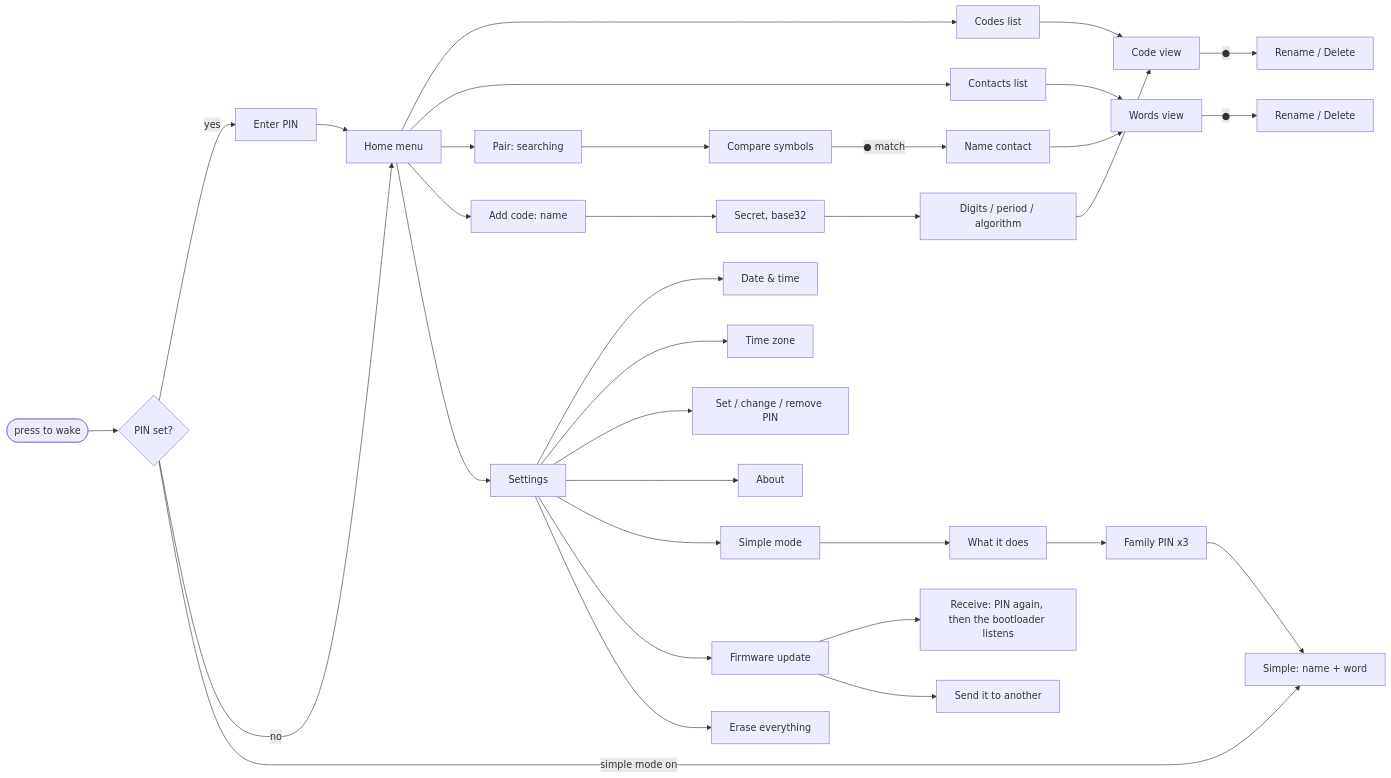
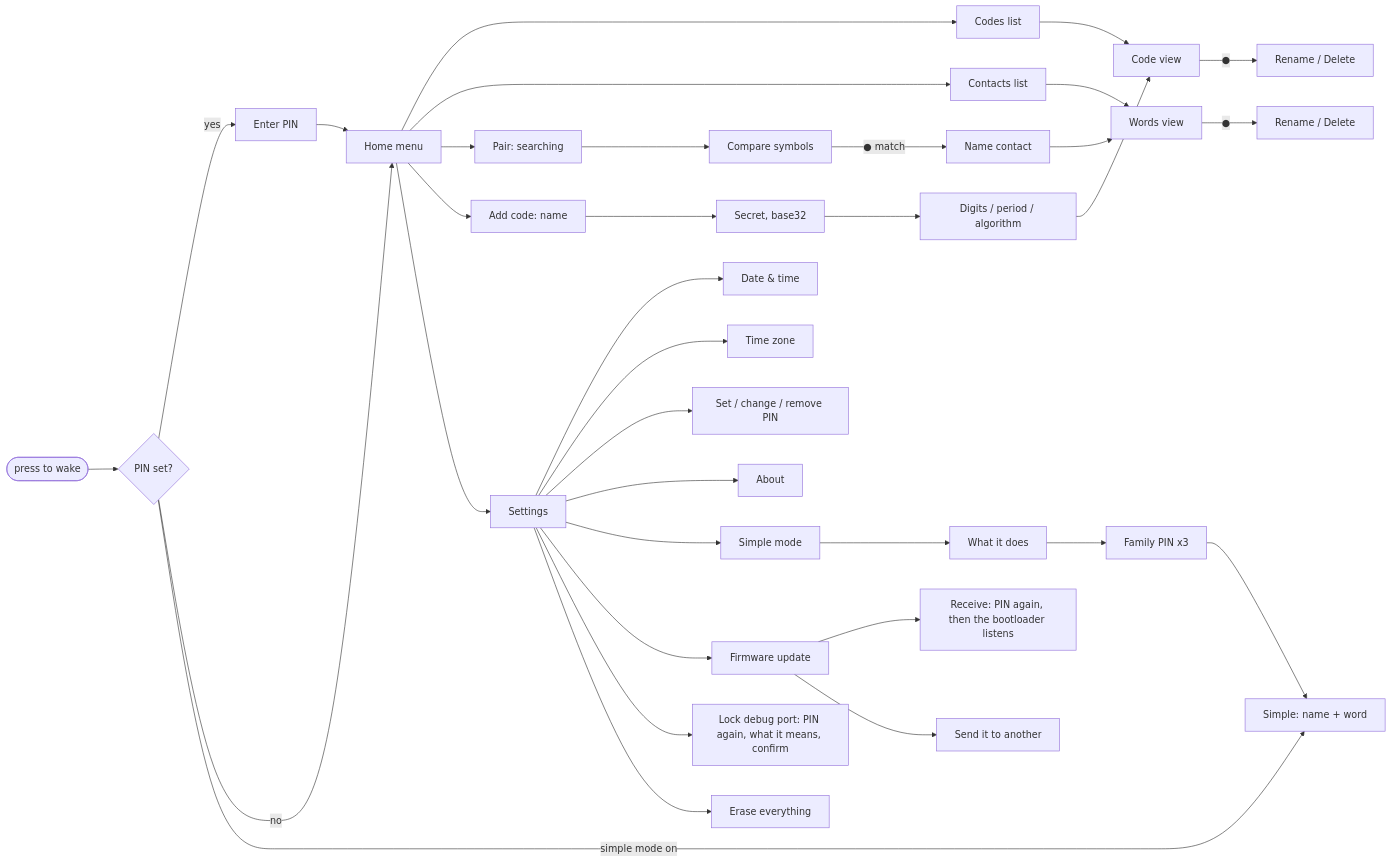
Before and after one commit to gemivnet/IRL2FA: the first of 2 diagrams in docs/ui-flows.md, drawn with Mermaid. The commit also changed other lines of this file and 26 other files, not shown here.

First line of the commit message:
Lock the debug port only from Settings; fail the build when the flash is full

````diff
--- a/docs/ui-flows.md
+++ b/docs/ui-flows.md
@@ -46,22 +46,23 @@
 ```mermaid
 flowchart LR
     wake([press to wake]) --> pin{PIN set?}
     pin -- yes --> PIN[Enter PIN] --> home
     pin -- no --> home
     home[Home menu] --> codes[Codes list] --> code[Code view]
     code -- "●" --> codeopts[Rename / Delete]
     home --> contacts[Contacts list] --> contact[Words view]
     contact -- "●" --> contactopts[Rename / Delete]
     home --> pair[Pair: searching] --> sas[Compare symbols] -- "● match" --> name[Name contact] --> contact
     home --> add[Add code: name] --> secret[Secret, base32] --> opts[Digits / period / algorithm] --> code
     home --> settings[Settings]
     settings --> time[Date & time]
     settings --> tz[Time zone]
     settings --> setpin[Set / change / remove PIN]
     settings --> about[About]
     settings --> simple[Simple mode] --> intro[What it does] --> fpin[Family PIN x3] --> simplescr
     settings --> fw[Firmware update] --> fwrx[Receive: PIN again, then the bootloader listens]
     fw --> fwtx[Send it to another]
+    settings --> lock[Lock debug port: PIN again, what it means, confirm]
     settings --> wipe[Erase everything]
     pin -- "simple mode on" --> simplescr[Simple: name + word]
 ```
````
